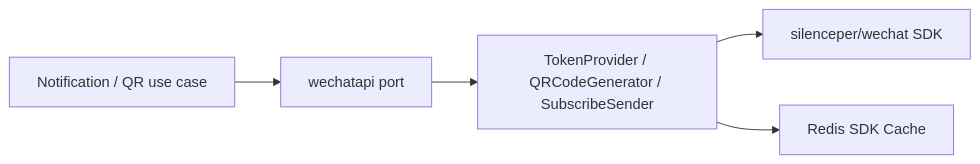
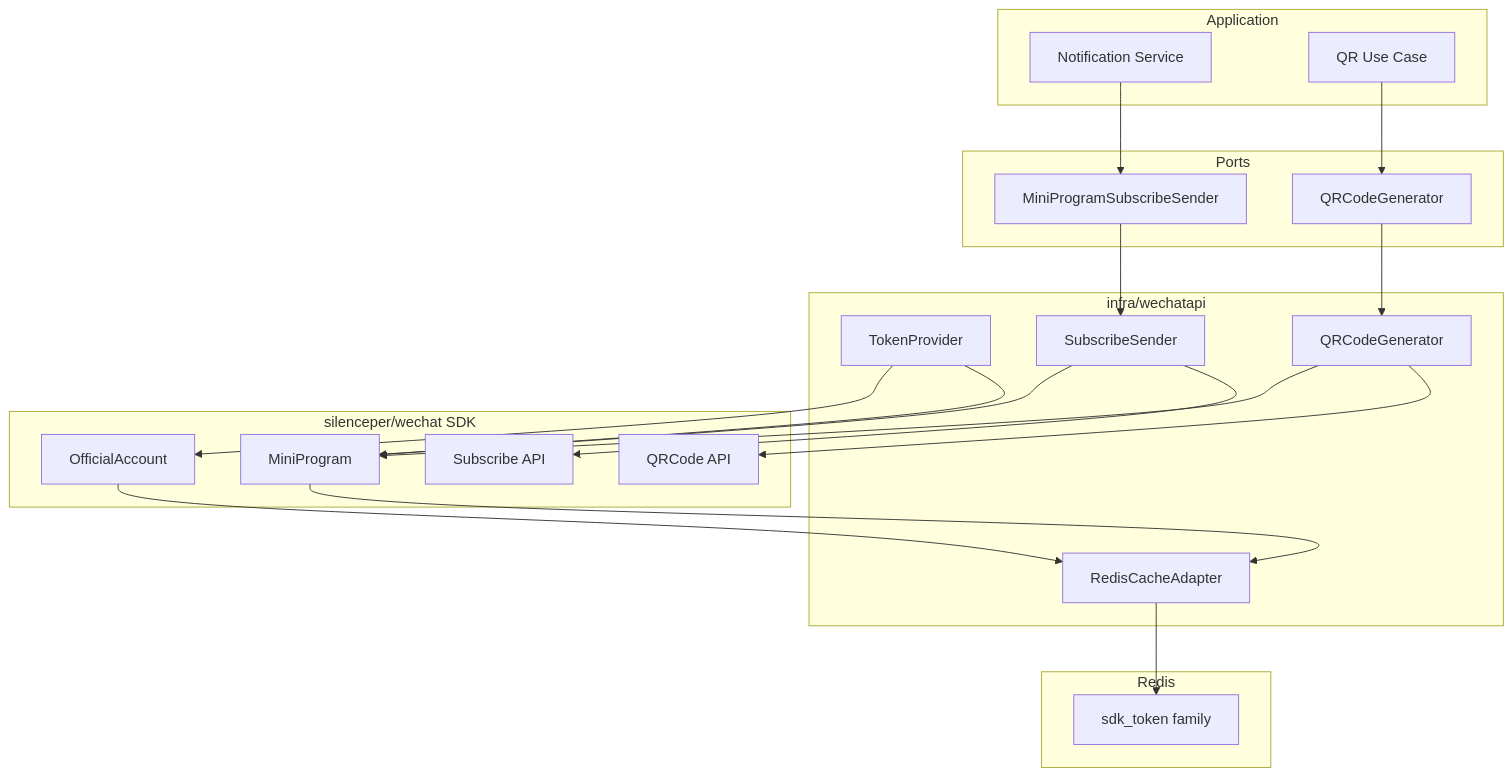
The diagram in docs/03-基础设施/integrations/01-WeChat适配器.md (FangcunMount/qs-server), drawn with Mermaid before and after one commit. The commit also changed other lines of this file and 5 other files, not shown here.

````diff
--- a/docs/03-基础设施/integrations/01-WeChat适配器.md
+++ b/docs/03-基础设施/integrations/01-WeChat适配器.md
@@ -16,7 +30,40 @@
 ```mermaid
-flowchart LR
-    Service["Notification / QR use case"] --> Port["wechatapi port"]
-    Port --> Adapter["TokenProvider / QRCodeGenerator / SubscribeSender"]
-    Adapter --> SDK["silenceper/wechat SDK"]
-    Adapter --> Cache["Redis SDK Cache"]
+flowchart TB
+    subgraph Application["Application"]
+        notification["Notification Service"]
+        qrUseCase["QR Use Case"]
+    end
+
+    subgraph Ports["Ports"]
+        qrPort["QRCodeGenerator"]
+        subPort["MiniProgramSubscribeSender"]
+    end
+
+    subgraph Adapter["infra/wechatapi"]
+        token["TokenProvider"]
+        qr["QRCodeGenerator"]
+        sub["SubscribeSender"]
+        cache["RedisCacheAdapter"]
+    end
+
+    subgraph SDK["silenceper/wechat SDK"]
+        mini["MiniProgram"]
+        official["OfficialAccount"]
+        wxqr["QRCode API"]
+        wxsub["Subscribe API"]
+    end
+
+    subgraph Redis["Redis"]
+        sdkToken["sdk_token family"]
+    end
+
+    notification --> subPort --> sub --> wxsub
+    qrUseCase --> qrPort --> qr --> wxqr
+    token --> mini
+    token --> official
+    qr --> mini
+    sub --> mini
+    cache --> sdkToken
+    mini --> cache
+    official --> cache
 ```
````
